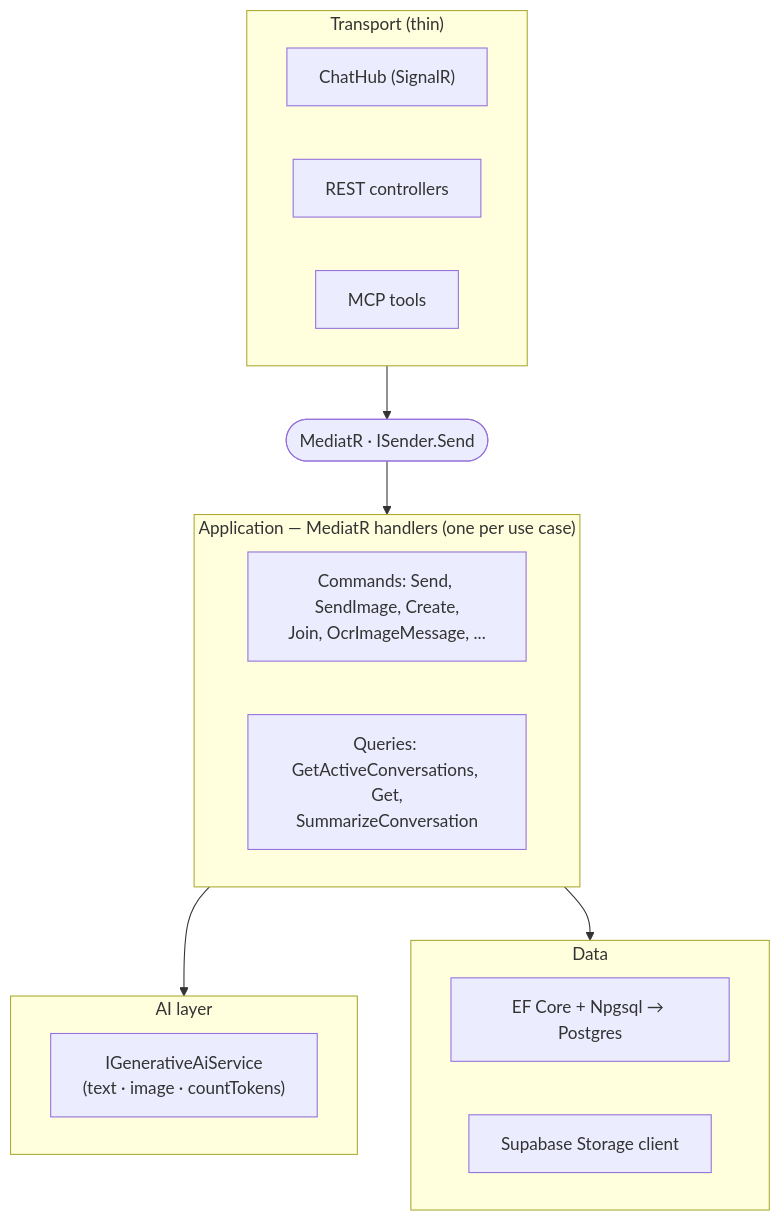
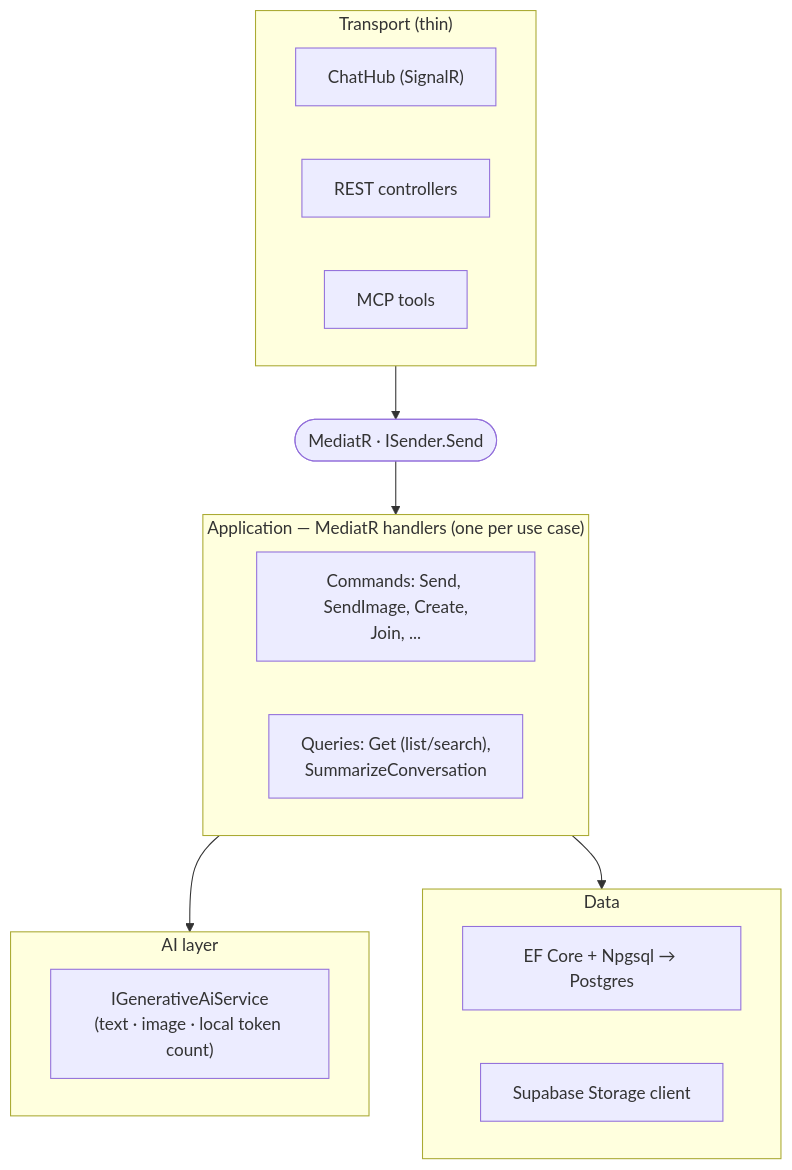
One commit to phanxuanquang/jetomax-assignment changed the second of 5 diagrams in docs/backend-system-design-and-architecture.md. Above: the diagram before and after it, drawn with Mermaid. The commit also changed other lines of this file and 3 other files, not shown here.

First line of the commit message:
docs: descope collaborative OCR to on-send captioning only

````diff
--- a/docs/backend-system-design-and-architecture.md
+++ b/docs/backend-system-design-and-architecture.md
@@ -107,23 +107,23 @@
 ```mermaid
 flowchart TB
     subgraph T["Transport (thin)"]
         Hub["ChatHub (SignalR)"]
         Rest["REST controllers"]
         Mcp["MCP tools"]
     end
     Med(["MediatR · ISender.Send"])
     subgraph A["Application — MediatR handlers (one per use case)"]
-        Cmd["Commands: Send, SendImage, Create,<br/>Join, OcrImageMessage, ..."]
-        Qry["Queries: GetActiveConversations, Get,<br/>SummarizeConversation"]
+        Cmd["Commands: Send, SendImage, Create,<br/>Join, ..."]
+        Qry["Queries: Get (list/search),<br/>SummarizeConversation"]
     end
     subgraph AI["AI layer"]
-        Gen["IGenerativeAiService<br/>(text · image · countTokens)"]
+        Gen["IGenerativeAiService<br/>(text · image · local token count)"]
     end
     subgraph D["Data"]
         Ef["EF Core + Npgsql → Postgres"]
         Sto["Supabase Storage client"]
     end
     T --> Med --> A
     A --> AI
     A --> D
 ```
````
